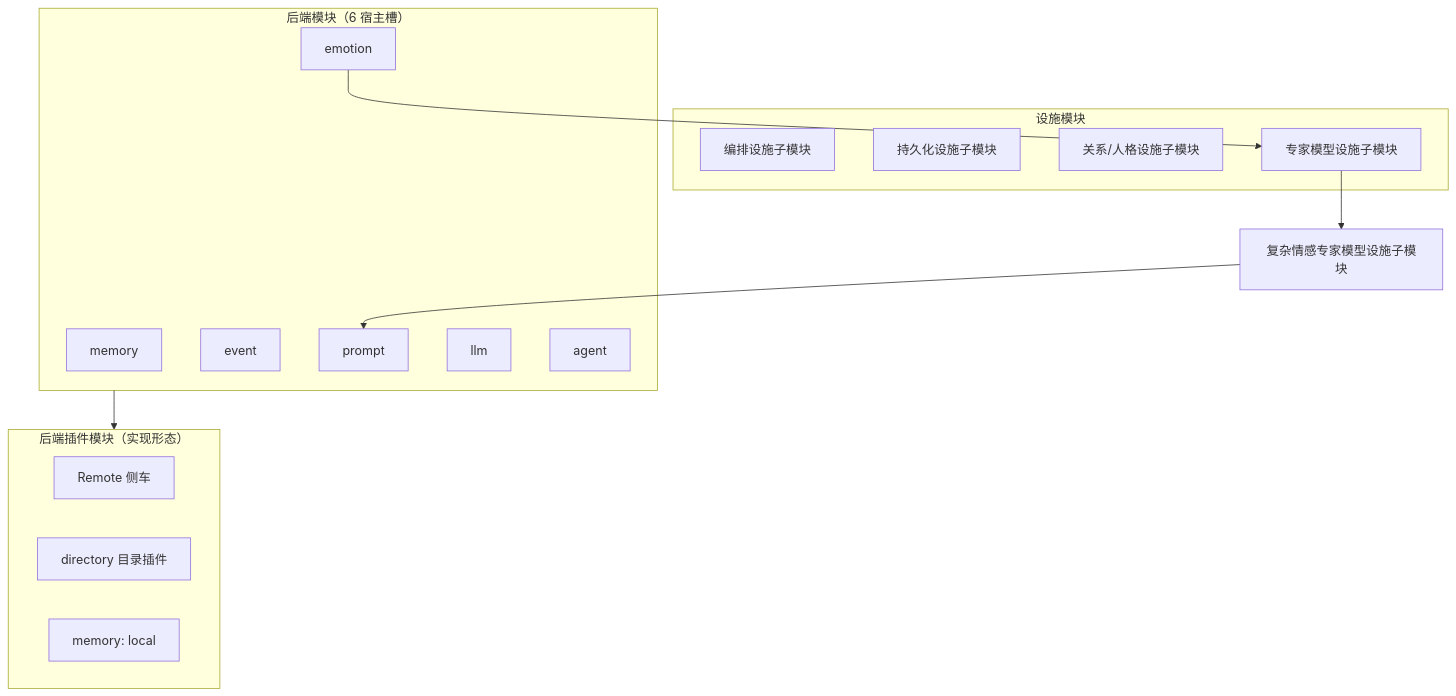
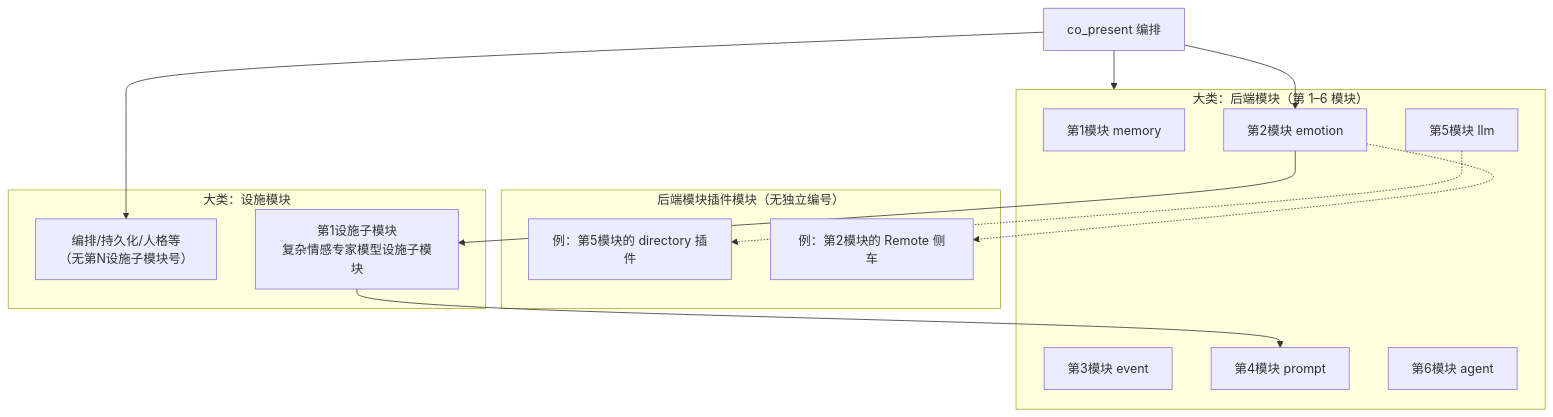
One commit to linkaiheng2233-cyber/oclivenewnew changed the diagram in creator-docs/getting-started/OCLIVE_ARCHITECTURE_OVERVIEW.md. Above: the diagram before and after it, drawn with Mermaid. The commit also changed other lines of this file and 11 other files, not shown here.

````diff
--- a/creator-docs/getting-started/OCLIVE_ARCHITECTURE_OVERVIEW.md
+++ b/creator-docs/getting-started/OCLIVE_ARCHITECTURE_OVERVIEW.md
@@ -25,26 +76,31 @@
 ```mermaid
 flowchart TB
-  subgraph L1["后端模块（6 宿主槽）"]
-    M[memory]
-    E[emotion]
-    EV[event]
-    P[prompt]
-    L[llm]
-    A[agent]
+  ORCH["co_present 编排"]
+
+  subgraph back["大类：后端模块（第 1–6 模块）"]
+    M1["第1模块 memory"]
+    M2["第2模块 emotion"]
+    M3["第3模块 event"]
+    M4["第4模块 prompt"]
+    M5["第5模块 llm"]
+    M6["第6模块 agent"]
   end
-  subgraph L2["后端插件模块（实现形态）"]
-    R[Remote 侧车]
-    D[directory 目录插件]
-    LOC[memory: local]
+
+  subgraph plug["后端模块插件模块（无独立编号）"]
+    P5["例：第5模块的 directory 插件"]
+    P2["例：第2模块的 Remote 侧车"]
   end
-  subgraph L3["设施模块"]
-    ORCH[编排设施子模块]
-    PERS[持久化设施子模块]
-    REL[关系/人格设施子模块]
-    EXP[专家模型设施子模块]
+
+  subgraph fac["大类：设施模块"]
+    F0["编排/持久化/人格等<br/>（无第N设施子模块号）"]
+    F1["第1设施子模块<br/>复杂情感专家模型设施子模块"]
   end
-  L1 --> L2
-  E --> EXP
-  EXP --> CE[复杂情感专家模型设施子模块]
-  CE --> P
+
+  ORCH --> M2
+  M2 --> F1
+  F1 --> M4
+  ORCH --> back
+  M5 -.-> P5
+  M2 -.-> P2
+  ORCH --> F0
 ```
````
